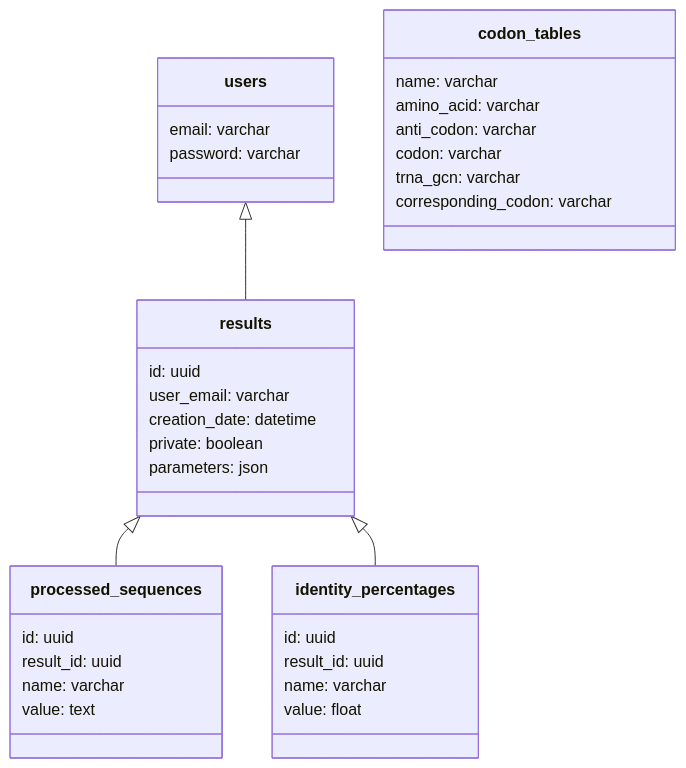
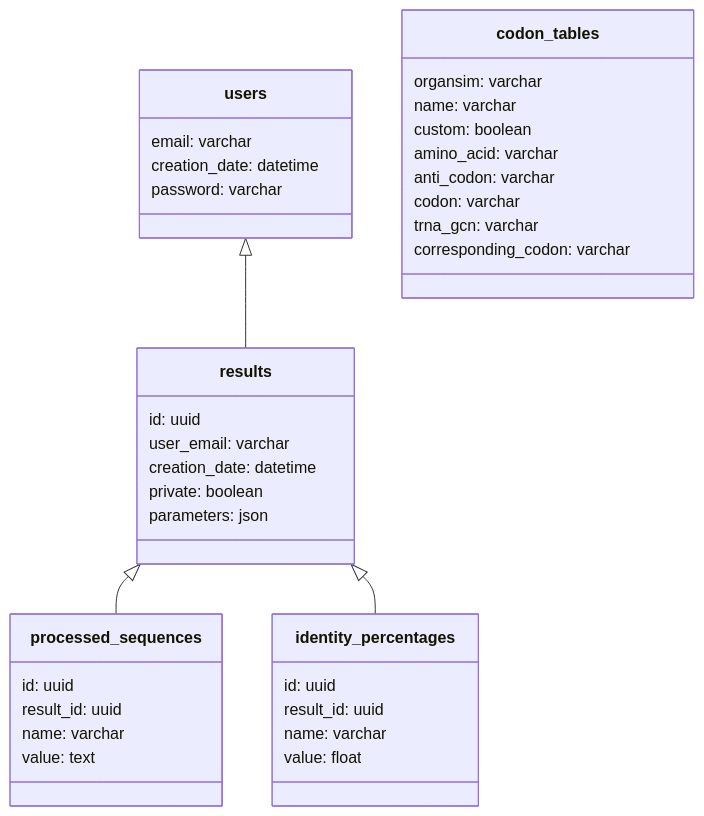
The diagram in README.md (tbonnabaud/expressinhost_web), drawn with Mermaid before and after one commit.

Commit message:
Add fields

````diff
--- a/README.md
+++ b/README.md
@@ -5,44 +5,46 @@
 ```mermaid
 classDiagram
     codon_tables
     users <|-- results
     results <|-- processed_sequences
     results <|-- identity_percentages
 
     class codon_tables {
+        organsim: varchar
         name: varchar
+        custom: boolean
         amino_acid: varchar
         anti_codon: varchar
         codon: varchar
         trna_gcn: varchar
         corresponding_codon: varchar
     }
 
     class users {
         email: varchar
-        <!-- creation_date: datetime -->
+        creation_date: datetime
         password: varchar
     }
 
     class results {
         id: uuid
         user_email: varchar
         creation_date: datetime
         private: boolean
         parameters: json
     }
 
     class processed_sequences {
         id: uuid
         result_id: uuid
         name: varchar
         value: text
     }
 
     class identity_percentages {
         id: uuid
         result_id: uuid
         name: varchar
         value: float
     }
 ```
````
